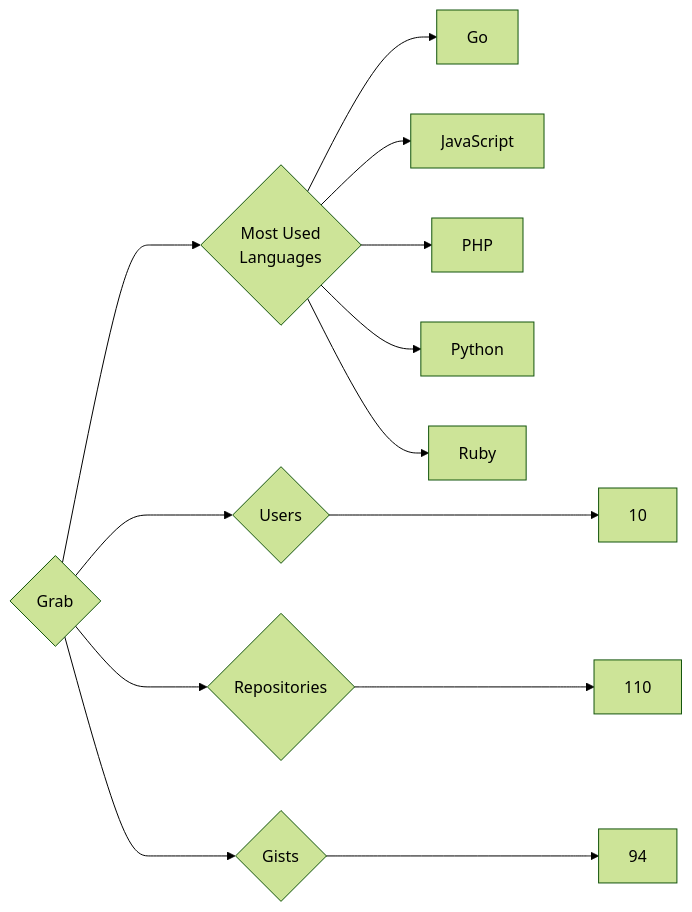
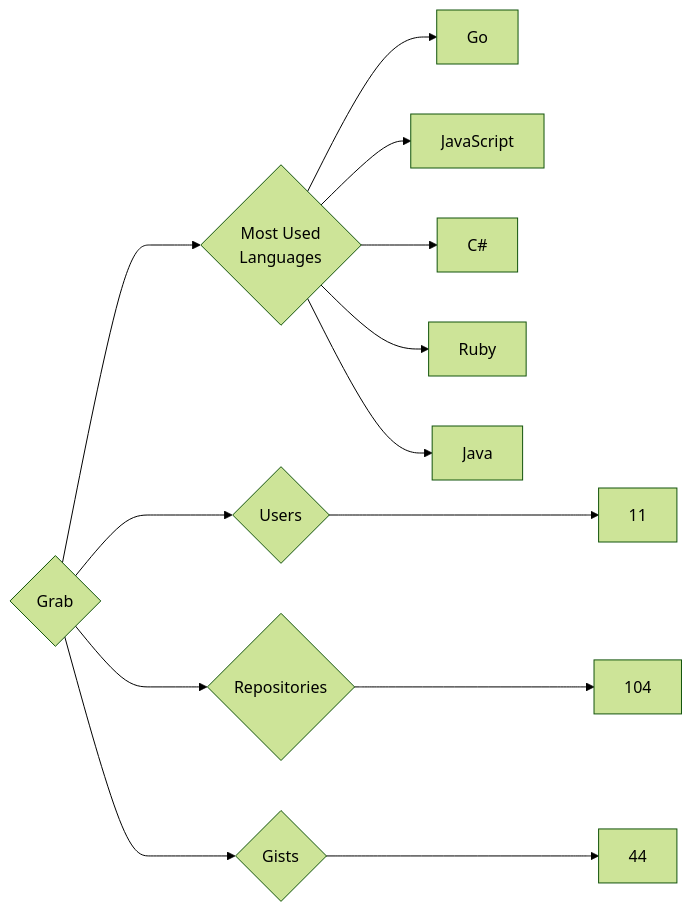
The diagram in targets/Grab/README.md (trickest/insiders), drawn with Mermaid (forest theme) before and after one commit. The commit also changed 872 other files, not shown here.

````diff
--- a/targets/Grab/README.md
+++ b/targets/Grab/README.md
@@ -3,13 +3,13 @@
 ```mermaid
 graph LR
 COMPANY_NAME{Grab}
-COMPANY_NAME ---> U{Users} ---> UN[10]
-COMPANY_NAME ---> R{Repositories} ---> RN[110]
-COMPANY_NAME ---> G{Gists} ---> GN[94]
+COMPANY_NAME ---> U{Users} ---> UN[11]
+COMPANY_NAME ---> R{Repositories} ---> RN[104]
+COMPANY_NAME ---> G{Gists} ---> GN[44]
 COMPANY_NAME ---> ML{Most Used<br>Languages}
 ML --> Go[Go]
 ML --> JavaScript[JavaScript]
-ML --> PHP[PHP]
-ML --> Python[Python]
+ML --> C#[C#]
 ML --> Ruby[Ruby]
+ML --> Java[Java]
 ```
````
